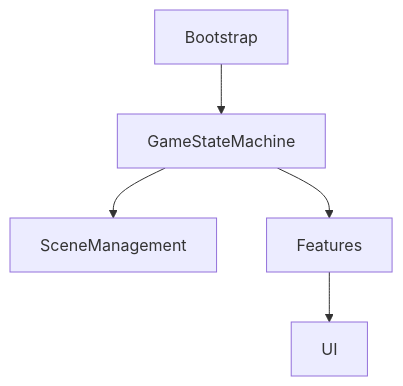
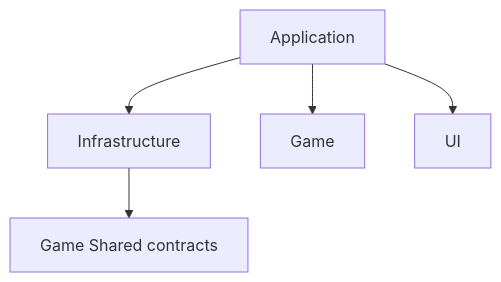
The eighth of 8 diagrams in Docs/Eng/ArchitectureAtlas/13_ArchitectureOverview.md (chainsawlad-Org/ChainSaw_Leg), drawn with Mermaid before and after one commit. The commit also changed other lines of this file and 29 other files, not shown here.

````diff
--- a/Docs/Eng/ArchitectureAtlas/13_ArchitectureOverview.md
+++ b/Docs/Eng/ArchitectureAtlas/13_ArchitectureOverview.md
@@ -316,21 +320,22 @@
 ```mermaid
 flowchart TD
 
-Bootstrap
+Application
 
-GameStateMachine
+Infrastructure
 
-SceneManagement
-
-Features
+Game
 
 UI
 
-Bootstrap --> GameStateMachine
+GameShared["Game Shared contracts"]
 
-GameStateMachine --> SceneManagement
+Application --> Infrastructure
 
-GameStateMachine --> Features
+Application --> Game
 
-Features --> UI
+Application --> UI
+
+Infrastructure --> GameShared
+
 ```
````
